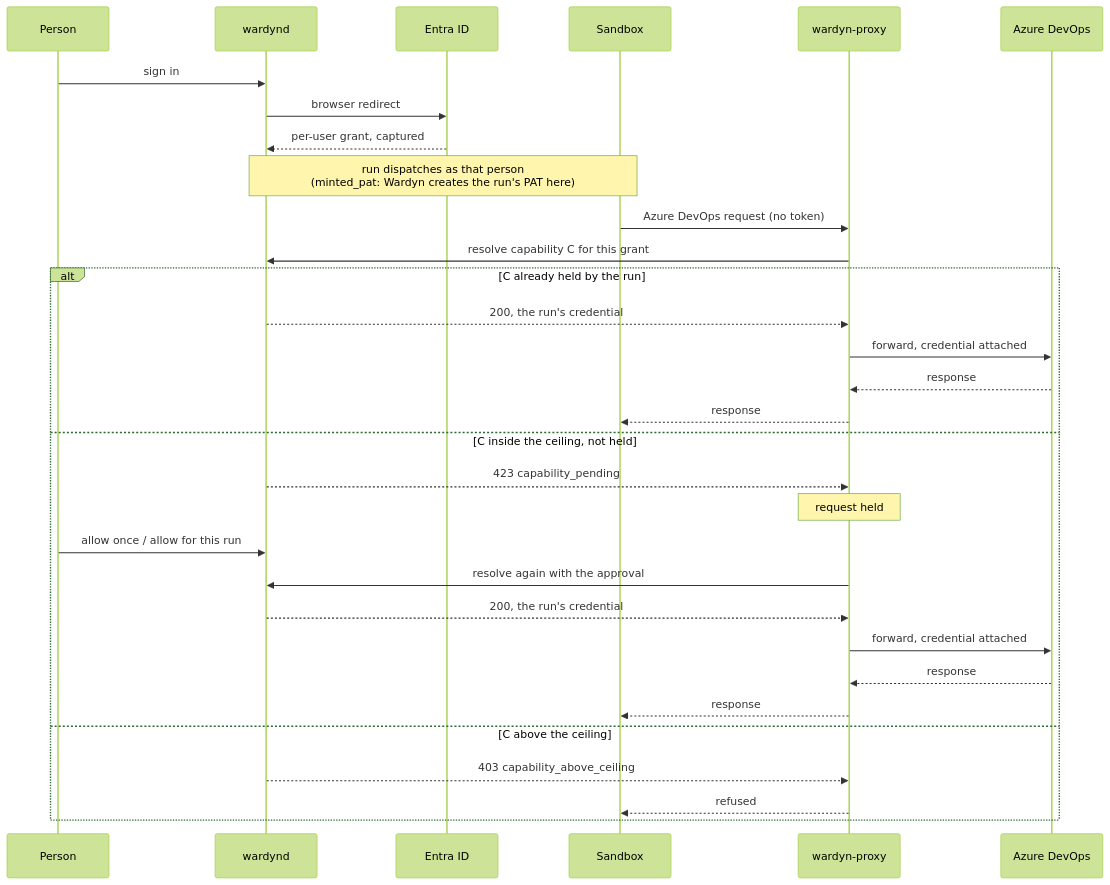
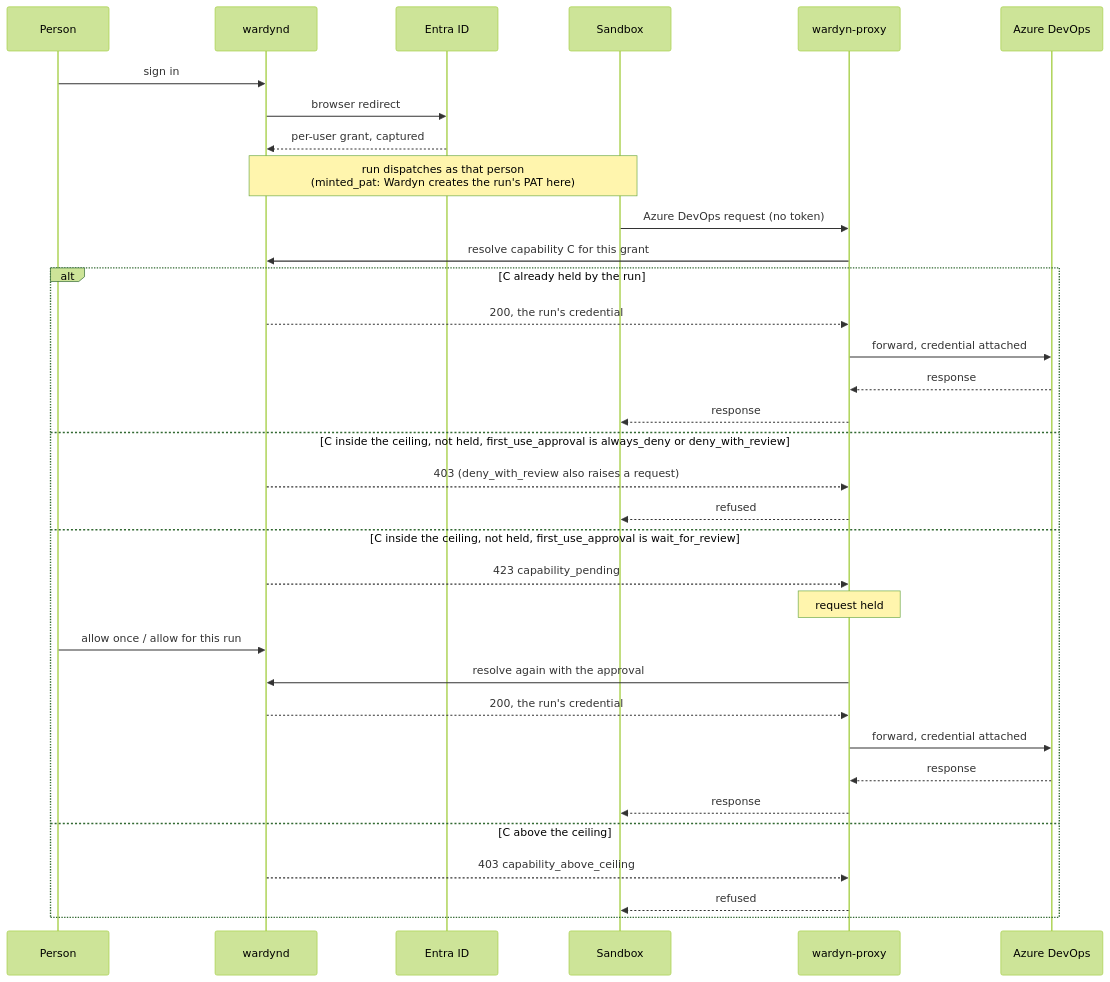
Before and after one commit to cjohnstoniv/wardyn: the diagram in docs/AZURE-DEVOPS.md, drawn with Mermaid (forest theme). The commit also changed other lines of this file and 1 other file, not shown here.

Commit message:
Docs: Azure DevOps page says an unheld capability follows first_use_approval, in the text and the request flow

````diff
--- a/docs/AZURE-DEVOPS.md
+++ b/docs/AZURE-DEVOPS.md
@@ -645,34 +648,37 @@
 ```mermaid
 sequenceDiagram
   participant Person
   participant Wardyn as wardynd
   participant Entra as Entra ID
   participant Sandbox
   participant Proxy as wardyn-proxy
   participant ADO as Azure DevOps
 
   Person->>Wardyn: sign in
   Wardyn->>Entra: browser redirect
   Entra-->>Wardyn: per-user grant, captured
   Note over Wardyn,Sandbox: run dispatches as that person<br/>(minted_pat: Wardyn creates the run's PAT here)
   Sandbox->>Proxy: Azure DevOps request (no token)
   Proxy->>Wardyn: resolve capability C for this grant
   alt C already held by the run
     Wardyn-->>Proxy: 200, the run's credential
     Proxy->>ADO: forward, credential attached
     ADO-->>Proxy: response
     Proxy-->>Sandbox: response
-  else C inside the ceiling, not held
+  else C inside the ceiling, not held, first_use_approval is always_deny or deny_with_review
+    Wardyn-->>Proxy: 403 (deny_with_review also raises a request)
+    Proxy-->>Sandbox: refused
+  else C inside the ceiling, not held, first_use_approval is wait_for_review
     Wardyn-->>Proxy: 423 capability_pending
     Note over Proxy: request held
     Person->>Wardyn: allow once / allow for this run
     Proxy->>Wardyn: resolve again with the approval
     Wardyn-->>Proxy: 200, the run's credential
     Proxy->>ADO: forward, credential attached
     ADO-->>Proxy: response
     Proxy-->>Sandbox: response
   else C above the ceiling
     Wardyn-->>Proxy: 403 capability_above_ceiling
     Proxy-->>Sandbox: refused
   end
 ```
````
